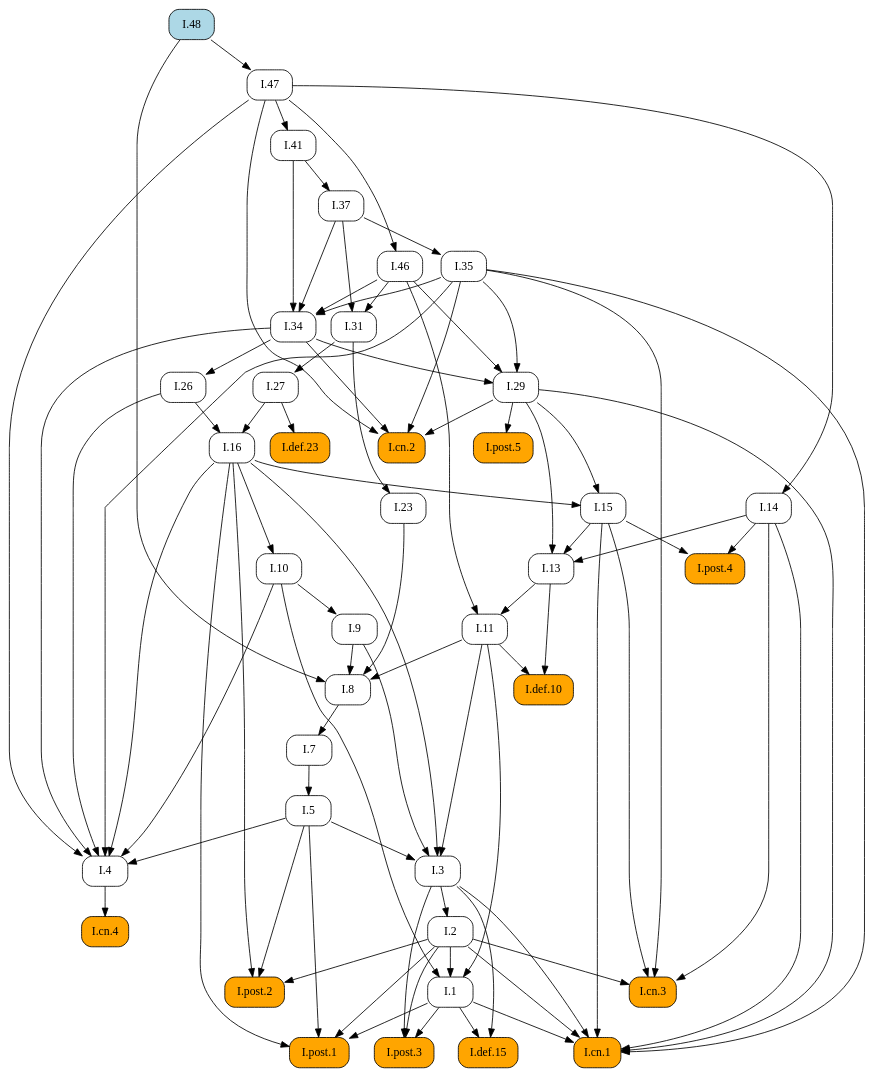
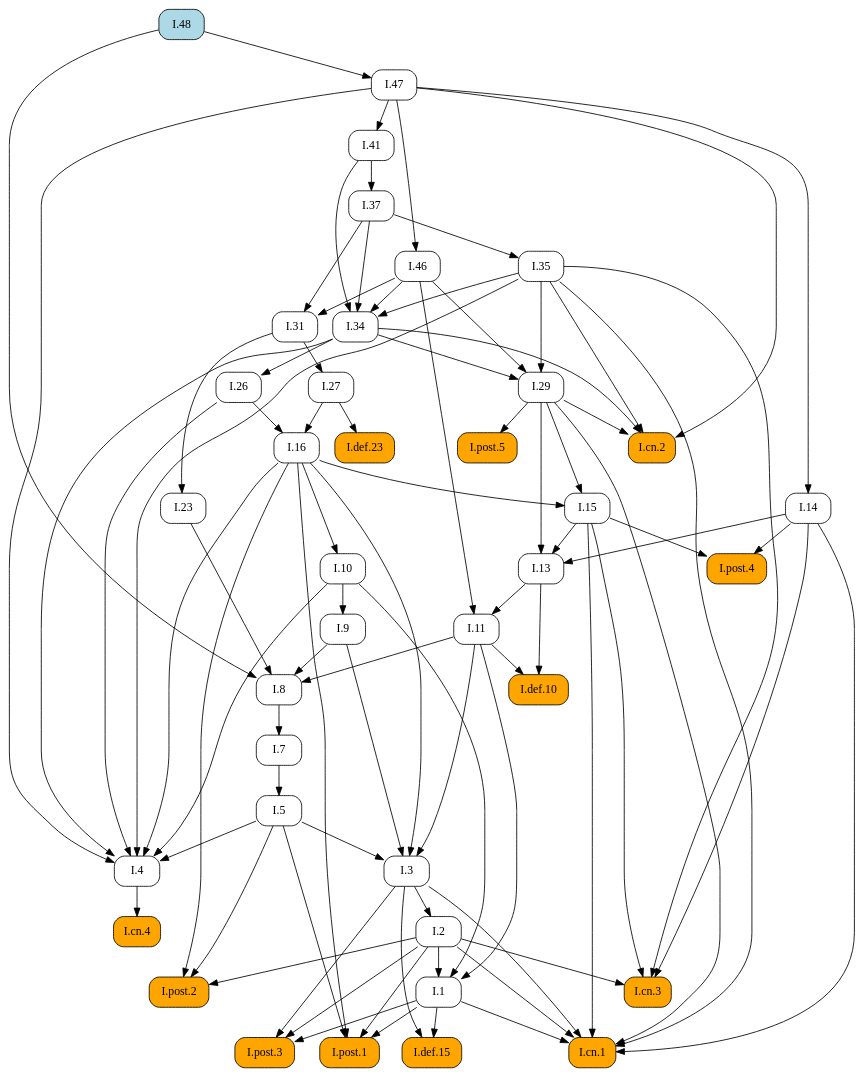
One commit to geometor/elements changed the diagram in docsrc/heath/I/48/index.rst. Above: the diagram before and after it, drawn with Graphviz. The commit also changed other lines of this file and 484 other files, not shown here.

```diff
--- a/docsrc/heath/I/48/index.rst
+++ b/docsrc/heath/I/48/index.rst
@@ -47,67 +47,71 @@
    digraph {
      rankdir="TB";
      node [shape=box, style=rounded];
+     "I.23" [URL="/heath/I/23/", target="_top"];
+     "I.9" [URL="/heath/I/9/", target="_top"];
+     "I.def.15" [style="rounded,filled", fillcolor=orange, URL="/heath/I/def.15/", target="_top"];
+     "I.47" [URL="/heath/I/47/", target="_top"];
+     "I.post.3" [style="rounded,filled", fillcolor=orange, URL="/heath/I/post.3/", target="_top"];
+     "I.post.1" [style="rounded,filled", fillcolor=orange, URL="/heath/I/post.1/", target="_top"];
+     "I.31" [URL="/heath/I/31/", target="_top"];
      "I.def.10" [style="rounded,filled", fillcolor=orange, URL="/heath/I/def.10/", target="_top"];
+     "I.27" [URL="/heath/I/27/", target="_top"];
+     "I.14" [URL="/heath/I/14/", target="_top"];
+     "I.34" [URL="/heath/I/34/", target="_top"];
+     "I.3" [URL="/heath/I/3/", target="_top"];
+     "I.35" [URL="/heath/I/35/", target="_top"];
+     "I.cn.1" [style="rounded,filled", fillcolor=orange, URL="/heath/I/cn.1/", target="_top"];
+     "I.7" [URL="/heath/I/7/", target="_top"];
+     "I.2" [URL="/heath/I/2/", target="_top"];
+     "I.13" [URL="/heath/I/13/", target="_top"];
+     "I.post.4" [style="rounded,filled", fillcolor=orange, URL="/heath/I/post.4/", target="_top"];
+     "I.4" [URL="/heath/I/4/", target="_top"];
+     "I.48" [style="rounded,filled", fillcolor=lightblue, URL="/heath/I/48/", target="_top"];
+     "I.1" [URL="/heath/I/1/", target="_top"];
+     "I.5" [URL="/heath/I/5/", target="_top"];
+     "I.37" [URL="/heath/I/37/", target="_top"];
+     "I.8" [URL="/heath/I/8/", target="_top"];
+     "I.29" [URL="/heath/I/29/", target="_top"];
+     "I.cn.3" [style="rounded,filled", fillcolor=orange, URL="/heath/I/cn.3/", target="_top"];
+     "I.16" [URL="/heath/I/16/", target="_top"];
+     "I.15" [URL="/heath/I/15/", target="_top"];
+     "I.10" [URL="/heath/I/10/", target="_top"];
      "I.11" [URL="/heath/I/11/", target="_top"];
-     "I.post.4" [style="rounded,filled", fillcolor=orange, URL="/heath/I/post.4/", target="_top"];
-     "I.1" [URL="/heath/I/1/", target="_top"];
+     "I.def.23" [style="rounded,filled", fillcolor=orange, URL="/heath/I/def.23/", target="_top"];
+     "I.cn.2" [style="rounded,filled", fillcolor=orange, URL="/heath/I/cn.2/", target="_top"];
+     "I.post.5" [style="rounded,filled", fillcolor=orange, URL="/heath/I/post.5/", target="_top"];
+     "I.cn.4" [style="rounded,filled", fillcolor=orange, URL="/heath/I/cn.4/", target="_top"];
+     "I.41" [URL="/heath/I/41/", target="_top"];
+     "I.post.2" [style="rounded,filled", fillcolor=orange, URL="/heath/I/post.2/", target="_top"];
+     "I.46" [URL="/heath/I/46/", target="_top"];
      "I.26" [URL="/heath/I/26/", target="_top"];
-     "I.29" [URL="/heath/I/29/", target="_top"];
-     "I.cn.2" [style="rounded,filled", fillcolor=orange, URL="/heath/I/cn.2/", target="_top"];
-     "I.47" [URL="/heath/I/47/", target="_top"];
-     "I.def.15" [style="rounded,filled", fillcolor=orange, URL="/heath/I/def.15/", target="_top"];
-     "I.post.3" [style="rounded,filled", fillcolor=orange, URL="/heath/I/post.3/", target="_top"];
-     "I.cn.1" [style="rounded,filled", fillcolor=orange, URL="/heath/I/cn.1/", target="_top"];
-     "I.cn.3" [style="rounded,filled", fillcolor=orange, URL="/heath/I/cn.3/", target="_top"];
-     "I.14" [URL="/heath/I/14/", target="_top"];
-     "I.23" [URL="/heath/I/23/", target="_top"];
-     "I.post.1" [style="rounded,filled", fillcolor=orange, URL="/heath/I/post.1/", target="_top"];
-     "I.35" [URL="/heath/I/35/", target="_top"];
-     "I.41" [URL="/heath/I/41/", target="_top"];
-     "I.27" [URL="/heath/I/27/", target="_top"];
-     "I.46" [URL="/heath/I/46/", target="_top"];
-     "I.7" [URL="/heath/I/7/", target="_top"];
-     "I.34" [URL="/heath/I/34/", target="_top"];
-     "I.37" [URL="/heath/I/37/", target="_top"];
-     "I.3" [URL="/heath/I/3/", target="_top"];
-     "I.2" [URL="/heath/I/2/", target="_top"];
-     "I.4" [URL="/heath/I/4/", target="_top"];
-     "I.def.23" [style="rounded,filled", fillcolor=orange, URL="/heath/I/def.23/", target="_top"];
-     "I.13" [URL="/heath/I/13/", target="_top"];
-     "I.31" [URL="/heath/I/31/", target="_top"];
-     "I.post.2" [style="rounded,filled", fillcolor=orange, URL="/heath/I/post.2/", target="_top"];
-     "I.16" [URL="/heath/I/16/", target="_top"];
-     "I.48" [style="rounded,filled", fillcolor=lightblue, URL="/heath/I/48/", target="_top"];
-     "I.9" [URL="/heath/I/9/", target="_top"];
-     "I.8" [URL="/heath/I/8/", target="_top"];
-     "I.cn.4" [style="rounded,filled", fillcolor=orange, URL="/heath/I/cn.4/", target="_top"];
-     "I.15" [URL="/heath/I/15/", target="_top"];
-     "I.post.5" [style="rounded,filled", fillcolor=orange, URL="/heath/I/post.5/", target="_top"];
-     "I.10" [URL="/heath/I/10/", target="_top"];
-     "I.5" [URL="/heath/I/5/", target="_top"];
-     "I.11" -> "I.def.10";
-     "I.13" -> "I.def.10";
-     "I.13" -> "I.11";
-     "I.46" -> "I.11";
-     "I.14" -> "I.post.4";
-     "I.15" -> "I.post.4";
-     "I.2" -> "I.1";
-     "I.10" -> "I.1";
-     "I.11" -> "I.1";
-     "I.34" -> "I.26";
-     "I.34" -> "I.29";
-     "I.35" -> "I.29";
-     "I.46" -> "I.29";
-     "I.29" -> "I.cn.2";
-     "I.34" -> "I.cn.2";
-     "I.35" -> "I.cn.2";
-     "I.47" -> "I.cn.2";
-     "I.48" -> "I.47";
+     "I.31" -> "I.23";
+     "I.10" -> "I.9";
      "I.1" -> "I.def.15";
      "I.3" -> "I.def.15";
+     "I.48" -> "I.47";
      "I.1" -> "I.post.3";
      "I.2" -> "I.post.3";
      "I.3" -> "I.post.3";
+     "I.1" -> "I.post.1";
+     "I.2" -> "I.post.1";
+     "I.5" -> "I.post.1";
+     "I.16" -> "I.post.1";
+     "I.37" -> "I.31";
+     "I.46" -> "I.31";
+     "I.11" -> "I.def.10";
+     "I.13" -> "I.def.10";
+     "I.31" -> "I.27";
+     "I.47" -> "I.14";
+     "I.35" -> "I.34";
+     "I.37" -> "I.34";
+     "I.41" -> "I.34";
+     "I.46" -> "I.34";
+     "I.5" -> "I.3";
+     "I.9" -> "I.3";
+     "I.11" -> "I.3";
+     "I.16" -> "I.3";
+     "I.37" -> "I.35";
      "I.1" -> "I.cn.1";
      "I.2" -> "I.cn.1";
      "I.3" -> "I.cn.1";
@@ -115,31 +119,13 @@
      "I.15" -> "I.cn.1";
      "I.29" -> "I.cn.1";
      "I.35" -> "I.cn.1";
-     "I.2" -> "I.cn.3";
-     "I.14" -> "I.cn.3";
-     "I.15" -> "I.cn.3";
-     "I.35" -> "I.cn.3";
-     "I.47" -> "I.14";
-     "I.31" -> "I.23";
-     "I.1" -> "I.post.1";
-     "I.2" -> "I.post.1";
-     "I.5" -> "I.post.1";
-     "I.16" -> "I.post.1";
-     "I.37" -> "I.35";
-     "I.47" -> "I.41";
-     "I.31" -> "I.27";
-     "I.47" -> "I.46";
      "I.8" -> "I.7";
-     "I.35" -> "I.34";
-     "I.37" -> "I.34";
-     "I.41" -> "I.34";
-     "I.46" -> "I.34";
-     "I.41" -> "I.37";
-     "I.5" -> "I.3";
-     "I.9" -> "I.3";
-     "I.11" -> "I.3";
-     "I.16" -> "I.3";
      "I.3" -> "I.2";
+     "I.14" -> "I.13";
+     "I.15" -> "I.13";
+     "I.29" -> "I.13";
+     "I.14" -> "I.post.4";
+     "I.15" -> "I.post.4";
      "I.5" -> "I.4";
      "I.10" -> "I.4";
      "I.16" -> "I.4";
@@ -147,26 +133,40 @@
      "I.34" -> "I.4";
      "I.35" -> "I.4";
      "I.47" -> "I.4";
-     "I.27" -> "I.def.23";
-     "I.14" -> "I.13";
-     "I.15" -> "I.13";
-     "I.29" -> "I.13";
-     "I.37" -> "I.31";
-     "I.46" -> "I.31";
-     "I.2" -> "I.post.2";
-     "I.5" -> "I.post.2";
-     "I.16" -> "I.post.2";
-     "I.26" -> "I.16";
-     "I.27" -> "I.16";
-     "I.10" -> "I.9";
+     "I.2" -> "I.1";
+     "I.10" -> "I.1";
+     "I.11" -> "I.1";
+     "I.7" -> "I.5";
+     "I.41" -> "I.37";
      "I.9" -> "I.8";
      "I.11" -> "I.8";
      "I.23" -> "I.8";
      "I.48" -> "I.8";
-     "I.4" -> "I.cn.4";
+     "I.34" -> "I.29";
+     "I.35" -> "I.29";
+     "I.46" -> "I.29";
+     "I.2" -> "I.cn.3";
+     "I.14" -> "I.cn.3";
+     "I.15" -> "I.cn.3";
+     "I.35" -> "I.cn.3";
+     "I.26" -> "I.16";
+     "I.27" -> "I.16";
      "I.16" -> "I.15";
      "I.29" -> "I.15";
+     "I.16" -> "I.10";
+     "I.13" -> "I.11";
+     "I.46" -> "I.11";
+     "I.27" -> "I.def.23";
+     "I.29" -> "I.cn.2";
+     "I.34" -> "I.cn.2";
+     "I.35" -> "I.cn.2";
+     "I.47" -> "I.cn.2";
      "I.29" -> "I.post.5";
-     "I.16" -> "I.10";
-     "I.7" -> "I.5";
+     "I.4" -> "I.cn.4";
+     "I.47" -> "I.41";
+     "I.2" -> "I.post.2";
+     "I.5" -> "I.post.2";
+     "I.16" -> "I.post.2";
+     "I.47" -> "I.46";
+     "I.34" -> "I.26";
    }
```
